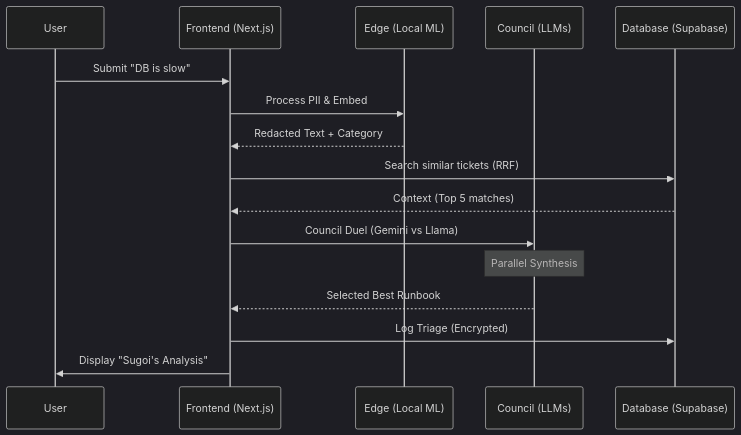
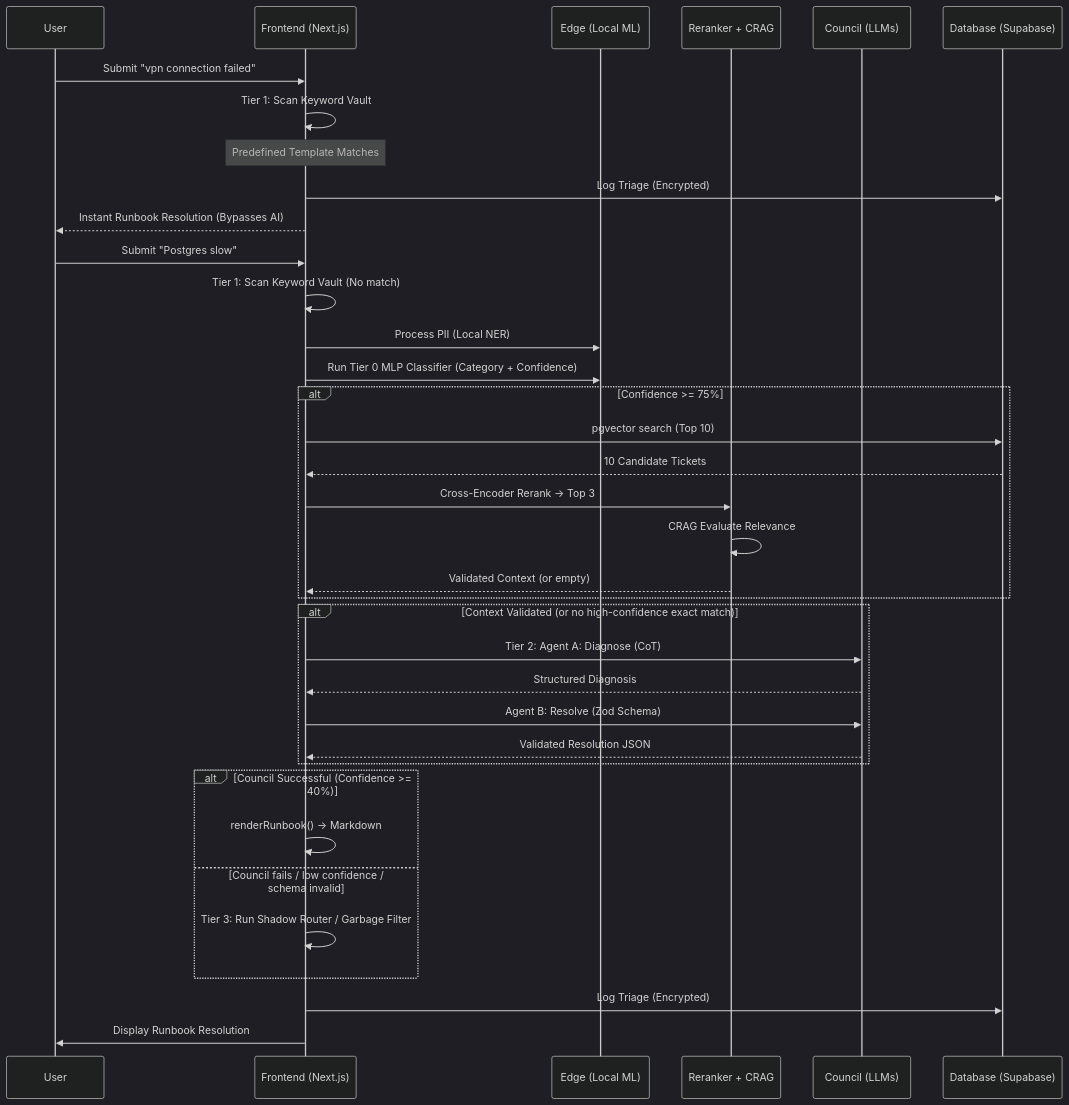
The fourth of 5 diagrams in PROJECT_DESCRIPTION.md (bitbroke/NASSCOM-helpdesk), drawn with Mermaid (dark theme) before and after one commit. The commit also changed other lines of this file and 43 other files, not shown here.

Commit message:
feat: implement 4-tier triage pipeline, edge rate limiting, local MLP classifier, and mascot state synchronization

````diff
--- a/PROJECT_DESCRIPTION.md
+++ b/PROJECT_DESCRIPTION.md
@@ -138,19 +196,40 @@
 ```mermaid
 sequenceDiagram
     participant U as User
     participant F as Frontend (Next.js)
     participant E as Edge (Local ML)
+    participant R as Reranker + CRAG
     participant C as Council (LLMs)
     participant D as Database (Supabase)
 
-    U->>F: Submit "DB is slow"
-    F->>E: Process PII & Embed
-    E-->>F: Redacted Text + Category
-    F->>D: Search similar tickets (RRF)
-    D-->>F: Context (Top 5 matches)
-    F->>C: Council Duel (Gemini vs Llama)
-    Note over C: Parallel Synthesis
-    C-->>F: Selected Best Runbook
+    U->>F: Submit "vpn connection failed"
+    F->>F: Tier 1: Scan Keyword Vault
+    Note over F: Predefined Template Matches
     F->>D: Log Triage (Encrypted)
-    F->>U: Display "Sugoi's Analysis"
+    F-->>U: Instant Runbook Resolution (Bypasses AI)
+
+    U->>F: Submit "Postgres slow"
+    F->>F: Tier 1: Scan Keyword Vault (No match)
+    F->>E: Process PII (Local NER)
+    F->>E: Run Tier 0 MLP Classifier (Category + Confidence)
+    alt Confidence >= 75%
+        F->>D: pgvector search (Top 10)
+        D-->>F: 10 Candidate Tickets
+        F->>R: Cross-Encoder Rerank → Top 3
+        R->>R: CRAG Evaluate Relevance
+        R-->>F: Validated Context (or empty)
+    end
+    alt Context Validated (or no high-confidence exact match)
+        F->>C: Tier 2: Agent A: Diagnose (CoT)
+        C-->>F: Structured Diagnosis
+        F->>C: Agent B: Resolve (Zod Schema)
+        C-->>F: Validated Resolution JSON
+    end
+    alt Council Successful (Confidence >= 40%)
+        F->>F: renderRunbook() → Markdown
+    else Council fails / low confidence / schema invalid
+        F->>F: Tier 3: Run Shadow Router / Garbage Filter
+    end
+    F->>D: Log Triage (Encrypted)
+    F->>U: Display Runbook Resolution
 ```
````
